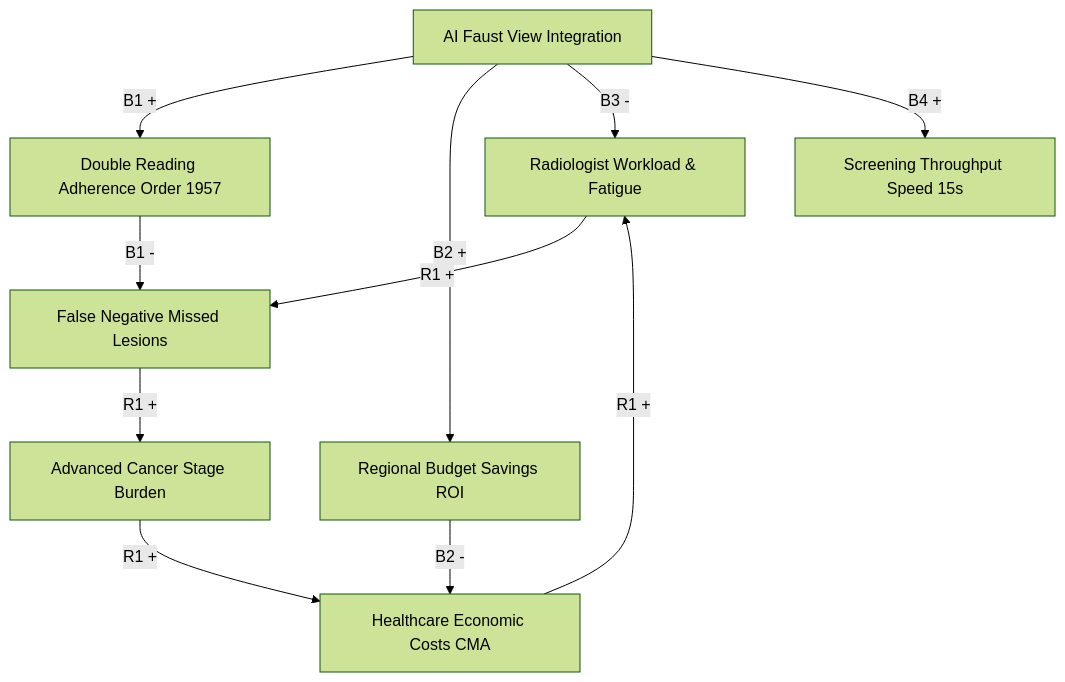
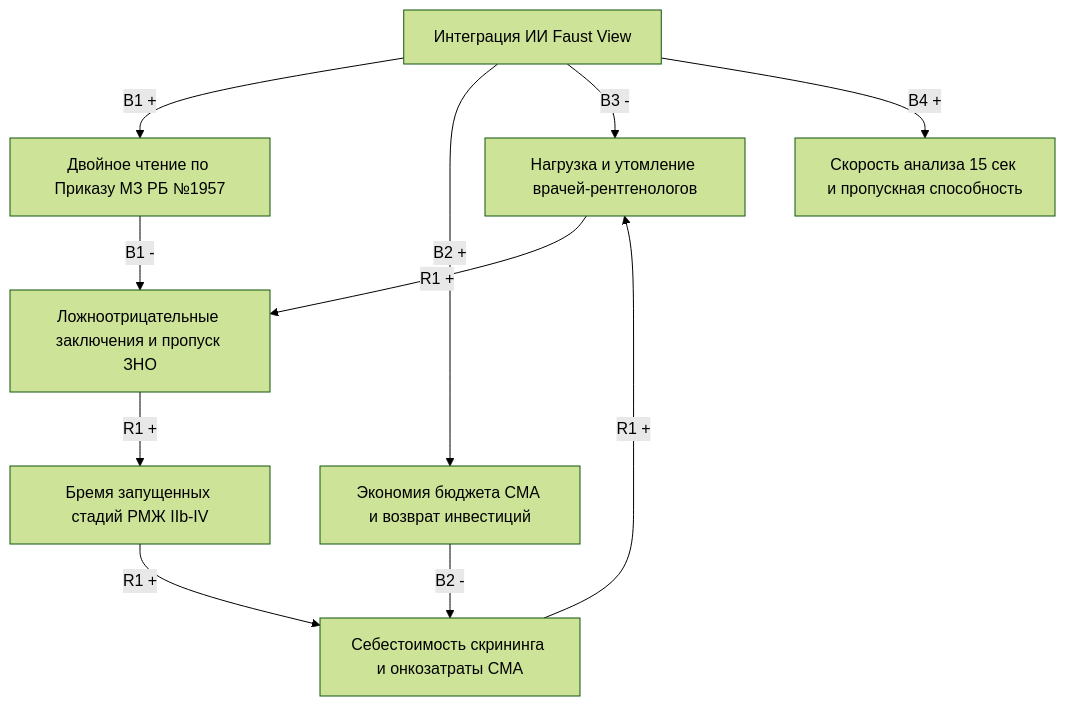
The diagram in README.md (adrenolitik/Breast-cancer-diagnosis-CLD), drawn with Mermaid (forest theme) before and after one commit. The commit also changed other lines of this file, not shown here.

````diff
--- a/README.md
+++ b/README.md
@@ -50,16 +50,16 @@
 ```mermaid
 graph TD
-    WF[Radiologist Workload & Fatigue] -->|R1 +| FN[False Negative Missed Lesions]
-    FN -->|R1 +| AC[Advanced Cancer Stage Burden]
-    AC -->|R1 +| CC[Healthcare Economic Costs CMA]
+    WF[Нагрузка и утомление врачей-рентгенологов] -->|R1 +| FN[Ложноотрицательные заключения и пропуск ЗНО]
+    FN -->|R1 +| AC[Бремя запущенных стадий РМЖ IIb-IV]
+    AC -->|R1 +| CC[Себестоимость скрининга и онкозатраты CMA]
     CC -->|R1 +| WF
 
-    FV[AI Faust View Integration] -->|B1 +| DR[Double Reading Adherence Order 1957]
+    FV[Интеграция ИИ Faust View] -->|B1 +| DR[Двойное чтение по Приказу МЗ РБ №1957]
     DR -->|B1 -| FN
 
-    FV -->|B2 +| ROI[Regional Budget Savings ROI]
+    FV -->|B2 +| ROI[Экономия бюджета CMA и возврат инвестиций]
     ROI -->|B2 -| CC
 
     FV -->|B3 -| WF
-    FV -->|B4 +| TS[Screening Throughput Speed 15s]
+    FV -->|B4 +| TS[Скорость анализа 15 сек и пропускная способность]
 ```
````
